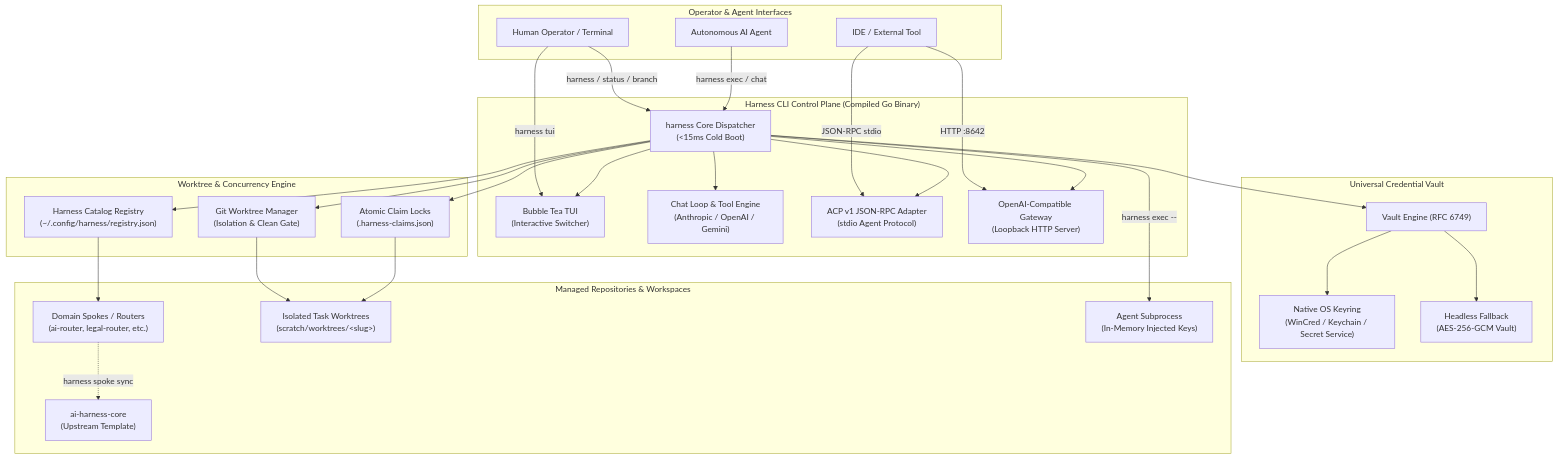
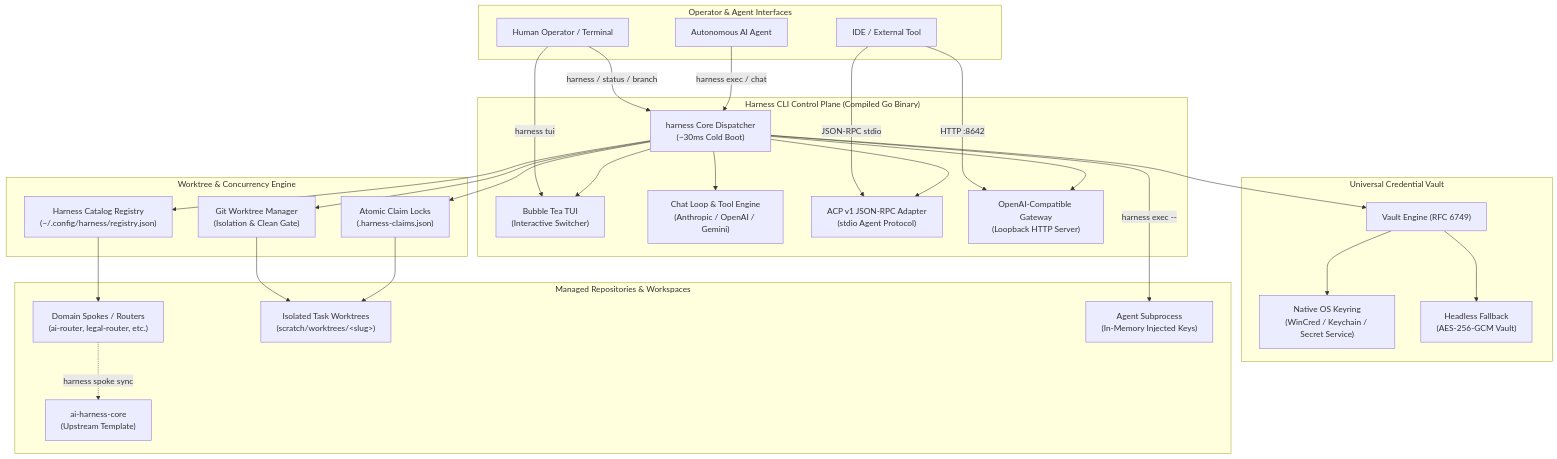
The diagram in README.md (Koality-Assured/harness-cli), drawn with Mermaid before and after one commit. The commit also changed other lines of this file and 23 other files, not shown here.

````diff
--- a/README.md
+++ b/README.md
@@ -48,60 +48,60 @@
 ```mermaid
 flowchart TD
     subgraph ClientLayer["Operator &amp; Agent Interfaces"]
         Human["Human Operator / Terminal"]
         Agent["Autonomous AI Agent"]
         IDE["IDE / External Tool"]
     end
 
     subgraph ControlPlane["Harness CLI Control Plane (Compiled Go Binary)"]
-        CLI["harness Core Dispatcher<br/>(&lt;15ms Cold Boot)"]
+        CLI["harness Core Dispatcher<br/>(~30ms Cold Boot)"]
         TUI["Bubble Tea TUI<br/>(Interactive Switcher)"]
         ChatEngine["Chat Loop &amp; Tool Engine<br/>(Anthropic / OpenAI / Gemini)"]
         ACPAdapter["ACP v1 JSON-RPC Adapter<br/>(stdio Agent Protocol)"]
         Gateway["OpenAI-Compatible Gateway<br/>(Loopback HTTP Server)"]
     end
 
     subgraph SecuritySubsystem["Universal Credential Vault"]
         Vault["Vault Engine (RFC 6749)"]
         OSKeyring["Native OS Keyring<br/>(WinCred / Keychain / Secret Service)"]
         EncryptedFile["Headless Fallback<br/>(AES-256-GCM Vault)"]
     end
 
     subgraph WorktreeEngine["Worktree &amp; Concurrency Engine"]
         Registry["Harness Catalog Registry<br/>(~/.config/harness/registry.json)"]
         ClaimLock["Atomic Claim Locks<br/>(.harness-claims.json)"]
         GitOps["Git Worktree Manager<br/>(Isolation &amp; Clean Gate)"]
     end
 
     subgraph DomainTargets["Managed Repositories &amp; Workspaces"]
         CoreRepo["ai-harness-core<br/>(Upstream Template)"]
         DomainSpoke["Domain Spokes / Routers<br/>(ai-router, legal-router, etc.)"]
         Worktrees["Isolated Task Worktrees<br/>(scratch/worktrees/&lt;slug&gt;)"]
         Subprocess["Agent Subprocess<br/>(In-Memory Injected Keys)"]
     end
 
     Human -->|harness / status / branch| CLI
     Human -->|harness tui| TUI
     Agent -->|harness exec / chat| CLI
     IDE -->|JSON-RPC stdio| ACPAdapter
     IDE -->|HTTP :8642| Gateway
 
     CLI --> TUI
     CLI --> ChatEngine
     CLI --> ACPAdapter
     CLI --> Gateway
 
     CLI --> Vault
     Vault --> OSKeyring
     Vault --> EncryptedFile
 
     CLI --> Registry
     CLI --> ClaimLock
     CLI --> GitOps
 
     Registry --> DomainSpoke
     DomainSpoke -.->|harness spoke sync| CoreRepo
     GitOps --> Worktrees
     ClaimLock --> Worktrees
     CLI -->|harness exec --| Subprocess
 ```
````
